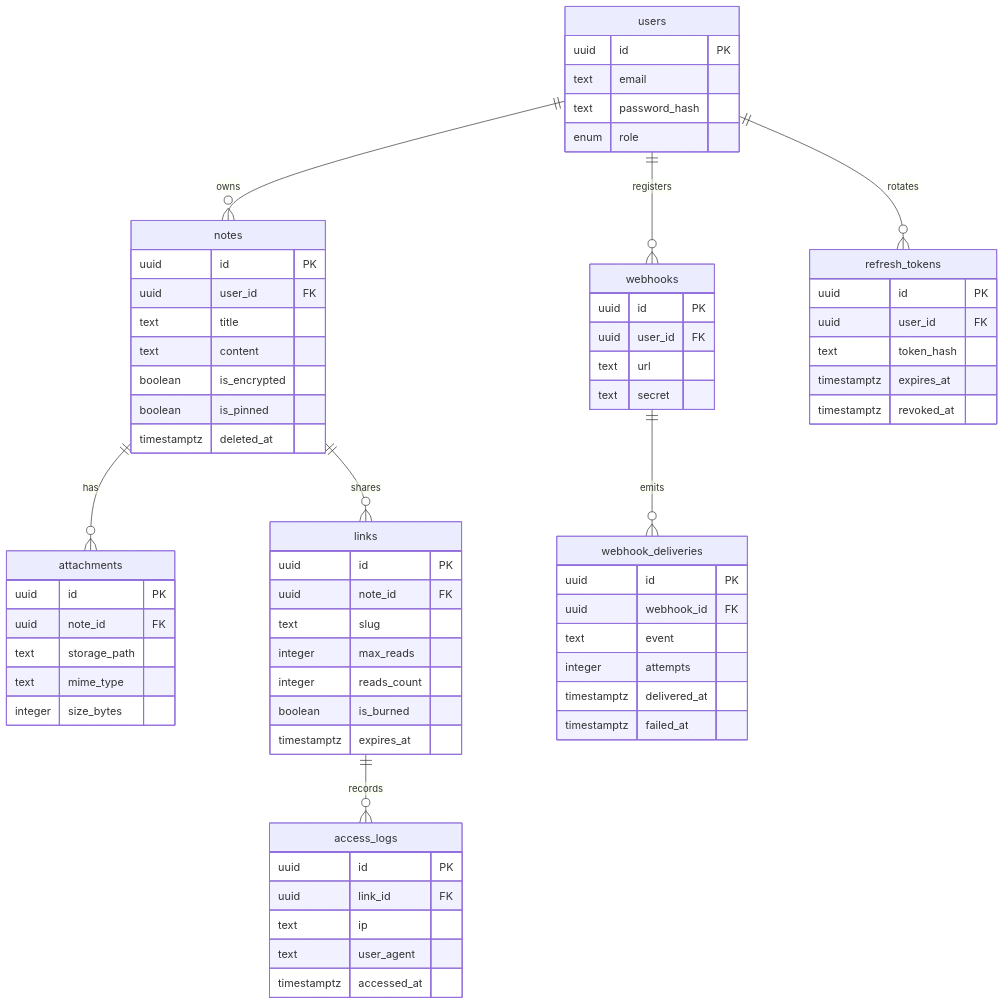
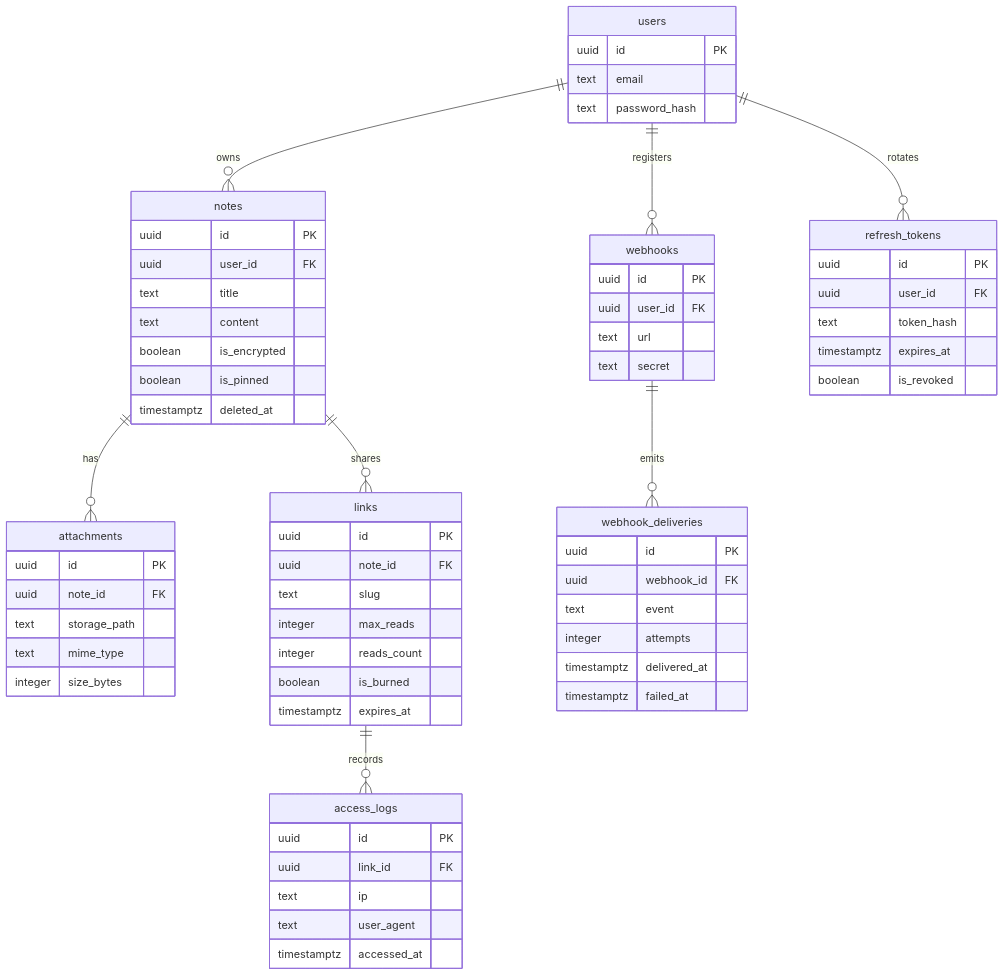
The sixth of 6 diagrams in README.md (itsgintoki/gatekeep), drawn with Mermaid before and after one commit. The commit also changed other lines of this file, not shown here.

Commit message:
docs: correct schema diagram and describe batched copy

````diff
--- a/README.md
+++ b/README.md
@@ -168,70 +168,69 @@
 ```mermaid
 erDiagram
     users ||--o{ notes : owns
     users ||--o{ webhooks : registers
     users ||--o{ refresh_tokens : rotates
     notes ||--o{ attachments : has
     notes ||--o{ links : shares
     links ||--o{ access_logs : records
     webhooks ||--o{ webhook_deliveries : emits
 
     users {
         uuid id PK
         text email
         text password_hash
-        enum role
     }
     notes {
         uuid id PK
         uuid user_id FK
         text title
         text content
         boolean is_encrypted
         boolean is_pinned
         timestamptz deleted_at
     }
     links {
         uuid id PK
         uuid note_id FK
         text slug
         integer max_reads
         integer reads_count
         boolean is_burned
         timestamptz expires_at
     }
     attachments {
         uuid id PK
         uuid note_id FK
         text storage_path
         text mime_type
         integer size_bytes
     }
     access_logs {
         uuid id PK
         uuid link_id FK
         text ip
         text user_agent
         timestamptz accessed_at
     }
     webhooks {
         uuid id PK
         uuid user_id FK
         text url
         text secret
     }
     webhook_deliveries {
         uuid id PK
         uuid webhook_id FK
         text event
         integer attempts
         timestamptz delivered_at
         timestamptz failed_at
     }
     refresh_tokens {
         uuid id PK
         uuid user_id FK
         text token_hash
         timestamptz expires_at
-        timestamptz revoked_at
+        boolean is_revoked
     }
 ```
````
